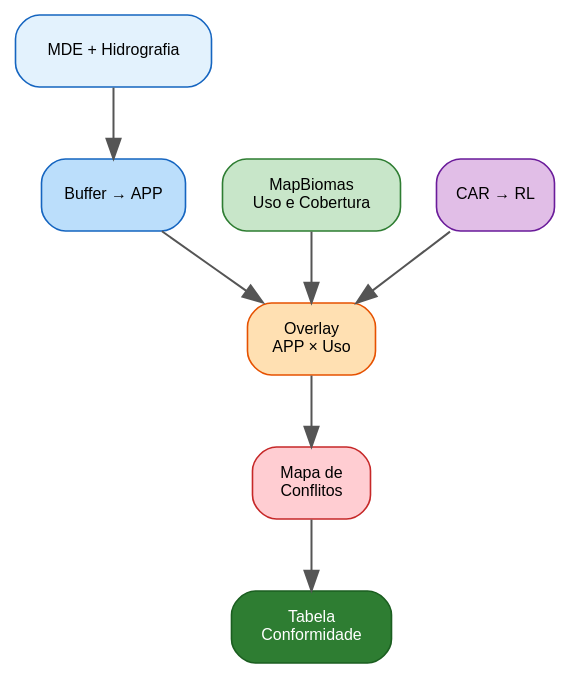
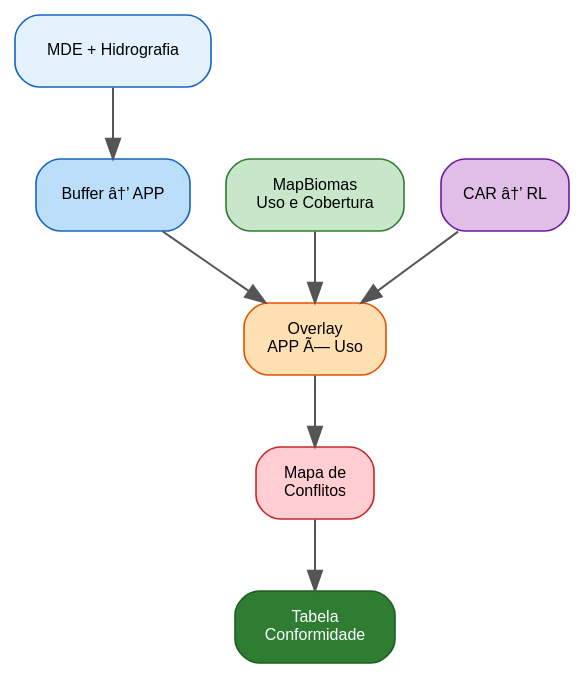
The second of 2 diagrams in aulas/analise_paisagem/aulas/legislacao_ambiental_paisagem/legislacao_ambiental_paisagem.qmd (ldvsantos/cv), drawn with Graphviz before and after one commit. The commit also changed other lines of this file and 466 other files, not shown here.

````diff
--- a/aulas/analise_paisagem/aulas/legislacao_ambiental_paisagem/legislacao_ambiental_paisagem.qmd
+++ b/aulas/analise_paisagem/aulas/legislacao_ambiental_paisagem/legislacao_ambiental_paisagem.qmd
@@ -278,24 +276,24 @@
 ```{dot}
 //| fig-width: 5
 digraph {
     rankdir=TB
     bgcolor="transparent"
     node [shape=box, style="rounded,filled", fontname="Helvetica", fontsize=8, margin="0.15,0.08", penwidth=0.8]
     edge [color="#555555", penwidth=1.0]
 
     A [label="MDE + Hidrografia", fillcolor="#E3F2FD", color="#1565C0"]
-    B [label="Buffer → APP", fillcolor="#BBDEFB", color="#1565C0"]
+    B [label="Buffer â†’ APP", fillcolor="#BBDEFB", color="#1565C0"]
     C [label="MapBiomas\nUso e Cobertura", fillcolor="#C8E6C9", color="#2E7D32"]
-    D [label="Overlay\nAPP × Uso", fillcolor="#FFE0B2", color="#E65100"]
-    E [label="CAR → RL", fillcolor="#E1BEE7", color="#6A1B9A"]
+    D [label="Overlay\nAPP Ã— Uso", fillcolor="#FFE0B2", color="#E65100"]
+    E [label="CAR â†’ RL", fillcolor="#E1BEE7", color="#6A1B9A"]
     F [label="Mapa de\nConflitos", fillcolor="#FFCDD2", color="#C62828"]
     G [label="Tabela\nConformidade", fillcolor="#2E7D32", fontcolor="white", color="#1B5E20"]
 
     A -> B
     B -> D
     C -> D
     E -> D
     D -> F
     F -> G
 }
 ```
````
